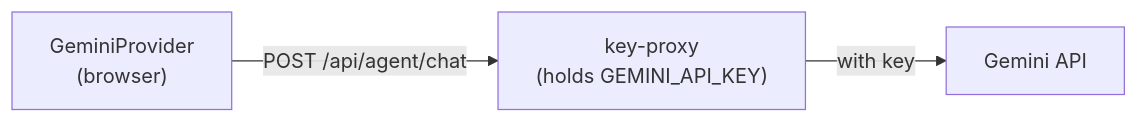
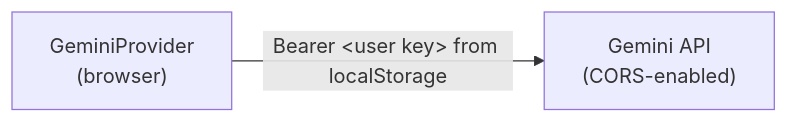
Before and after one commit to alden12/web-daw: the fifth of 6 diagrams in docs/AGENT.md, drawn with Mermaid. The commit also changed other lines of this file and 17 other files, not shown here.

````diff
--- a/docs/AGENT.md
+++ b/docs/AGENT.md
@@ -231,5 +240,4 @@
 ```mermaid
 flowchart LR
-    GEM["GeminiProvider<br/>(browser)"] -->|"POST /api/agent/chat"| PROXY["key-proxy<br/>(holds GEMINI_API_KEY)"]
-    PROXY -->|"with key"| GAPI["Gemini API"]
+    GEM["GeminiProvider<br/>(browser)"] -->|"Bearer &lt;user key&gt; from localStorage"| GAPI["Gemini API<br/>(CORS-enabled)"]
 ```
````
